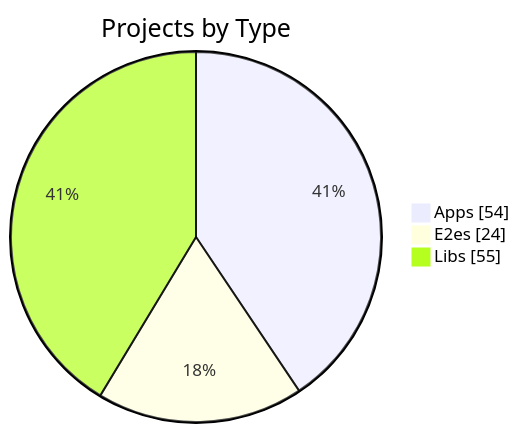
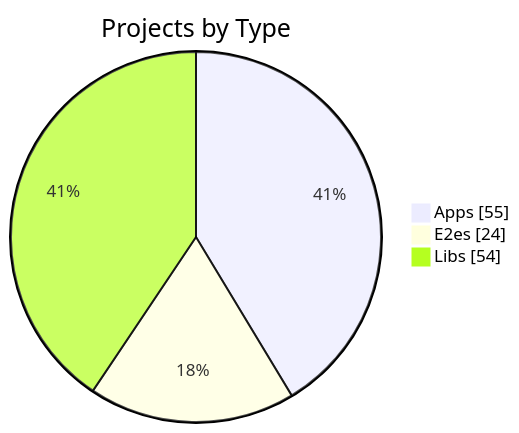
One commit to KBVE/kbve changed the first of 3 diagrams in apps/kbve/astro-kbve/src/content/docs/dashboard/graph.mdx. Above: the diagram before and after it, drawn with Mermaid. The commit also changed other lines of this file and 8 other files, not shown here.

````diff
--- a/apps/kbve/astro-kbve/src/content/docs/dashboard/graph.mdx
+++ b/apps/kbve/astro-kbve/src/content/docs/dashboard/graph.mdx
@@ -56,7 +56,7 @@
 ```mermaid
 pie showData
     title Projects by Type
-    "Apps" : 54
+    "Apps" : 55
     "E2es" : 24
-    "Libs" : 55
+    "Libs" : 54
 ```
````
